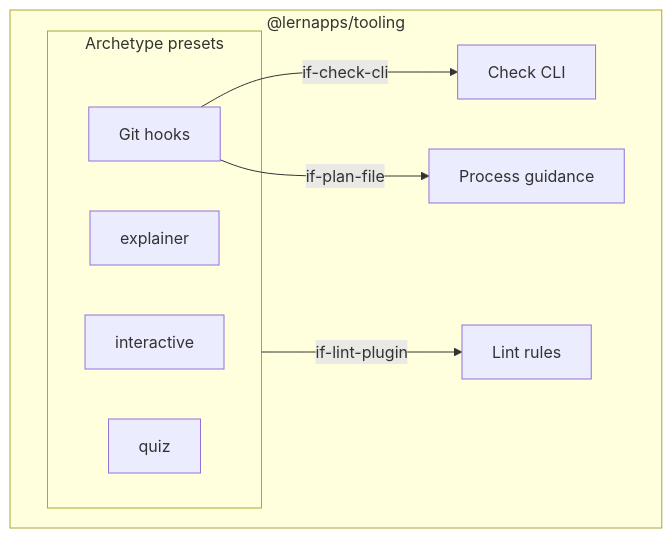
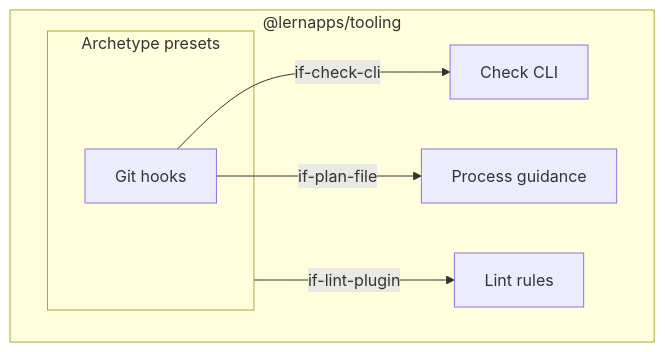
The second of 2 diagrams in docs/arc42/05-building-blocks.arc42.md (lernapps/tooling), drawn with Mermaid before and after one commit. The commit also changed other lines of this file and 13 other files, not shown here.

````diff
--- a/docs/arc42/05-building-blocks.arc42.md
+++ b/docs/arc42/05-building-blocks.arc42.md
@@ -61,17 +60,14 @@
 ```mermaid
 flowchart TB
     subgraph bb-tooling-package["@lernapps/tooling"]
         subgraph bb-archetypes["Archetype presets"]
             bb-git-hooks["Git hooks"]
-            bb-archetype-explainer["explainer"]
-            bb-archetype-interactive["interactive"]
-            bb-archetype-quiz["quiz"]
         end
         bb-check-cli["Check CLI"]
         bb-process-guidance["Process guidance"]
         bb-lint-rules["Lint rules"]
     end
     bb-git-hooks -->|"if-check-cli"| bb-check-cli
     bb-git-hooks -->|"if-plan-file"| bb-process-guidance
     bb-archetypes -->|"if-lint-plugin"| bb-lint-rules
 ```
````
